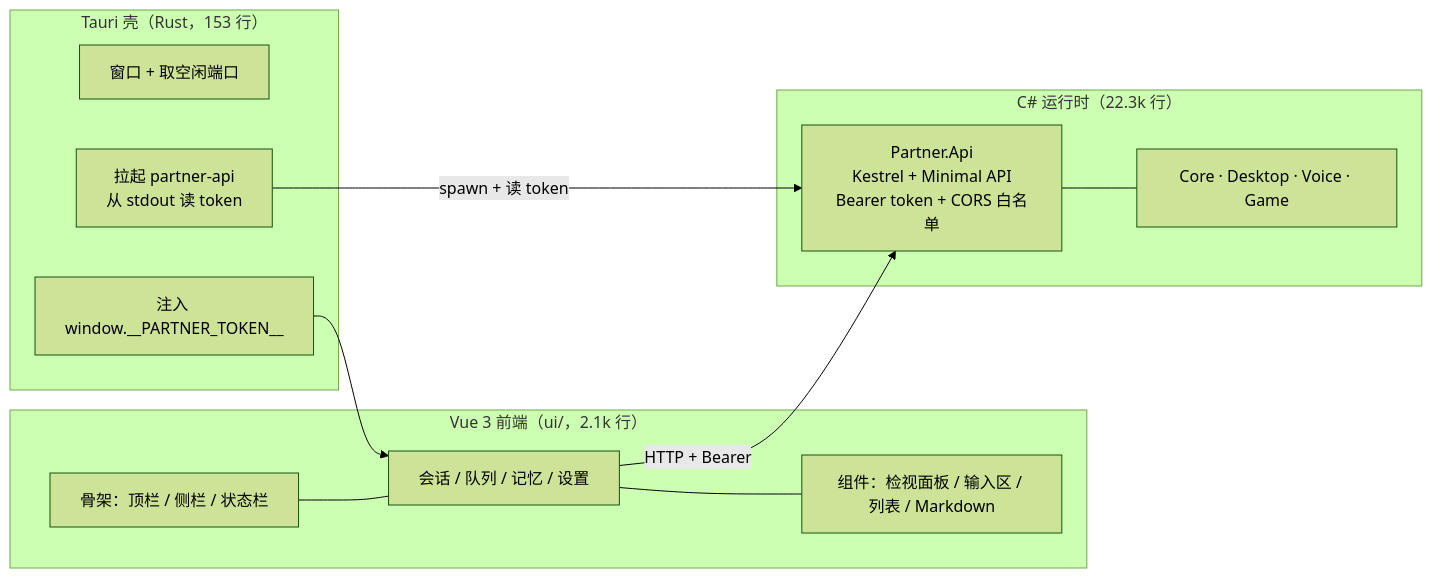
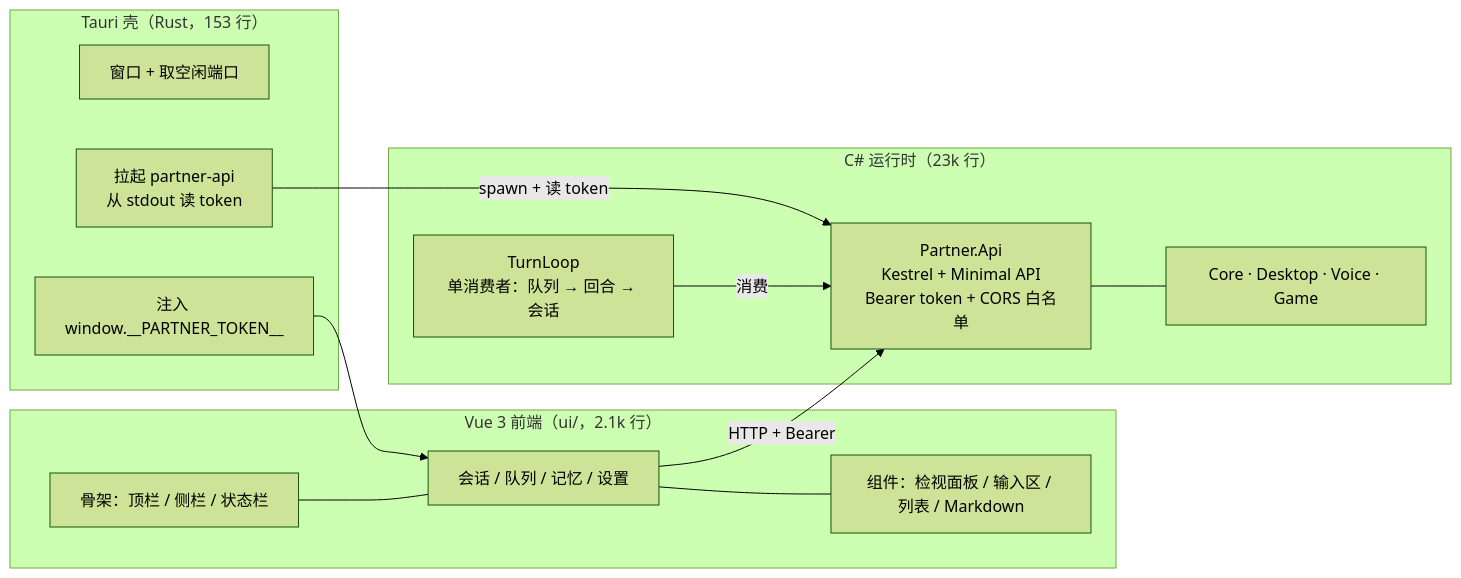
The diagram in README.md (Jaspersol/partner), drawn with Mermaid (forest theme) before and after one commit. The commit also changed other lines of this file and 23 other files, not shown here.

````diff
--- a/README.md
+++ b/README.md
@@ -44,22 +44,24 @@
 ```mermaid
 graph LR
   subgraph shell["Tauri 壳（Rust，153 行）"]
     WIN["窗口 + 取空闲端口"]
     SIDE["拉起 partner-api<br/>从 stdout 读 token"]
     INJ["注入 window.__PARTNER_TOKEN__"]
   end
   subgraph web["Vue 3 前端（ui/，2.1k 行）"]
     SHELL["骨架：顶栏 / 侧栏 / 状态栏"]
     VIEWS["会话 / 队列 / 记忆 / 设置"]
     PARTS["组件：检视面板 / 输入区 / 列表 / Markdown"]
     SHELL --- VIEWS --- PARTS
   end
-  subgraph runtime["C# 运行时（22.3k 行）"]
+  subgraph runtime["C# 运行时（23k 行）"]
     API["Partner.Api<br/>Kestrel + Minimal API<br/>Bearer token + CORS 白名单"]
+    LOOP["TurnLoop<br/>单消费者：队列 → 回合 → 会话"]
     CORE["Core · Desktop · Voice · Game"]
     API --- CORE
+    LOOP -->|消费| API
   end
   SIDE -->|spawn + 读 token| API
   INJ --> VIEWS
   VIEWS -->|HTTP + Bearer| API
 ```
````
